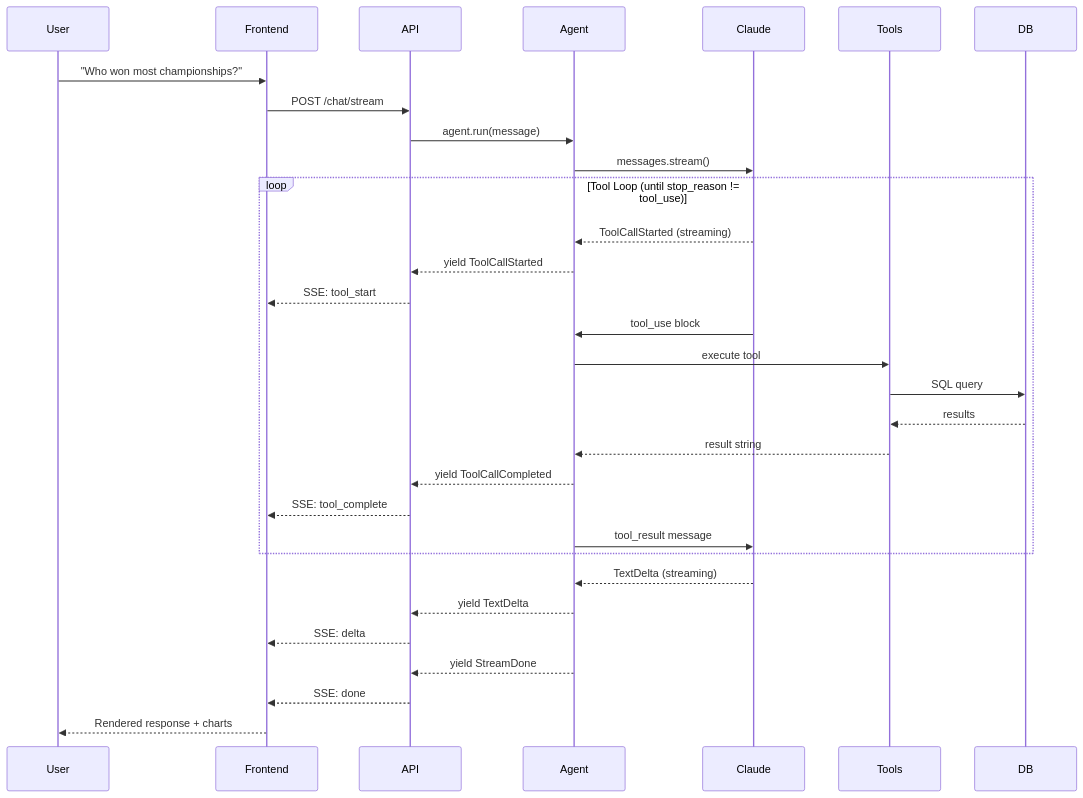
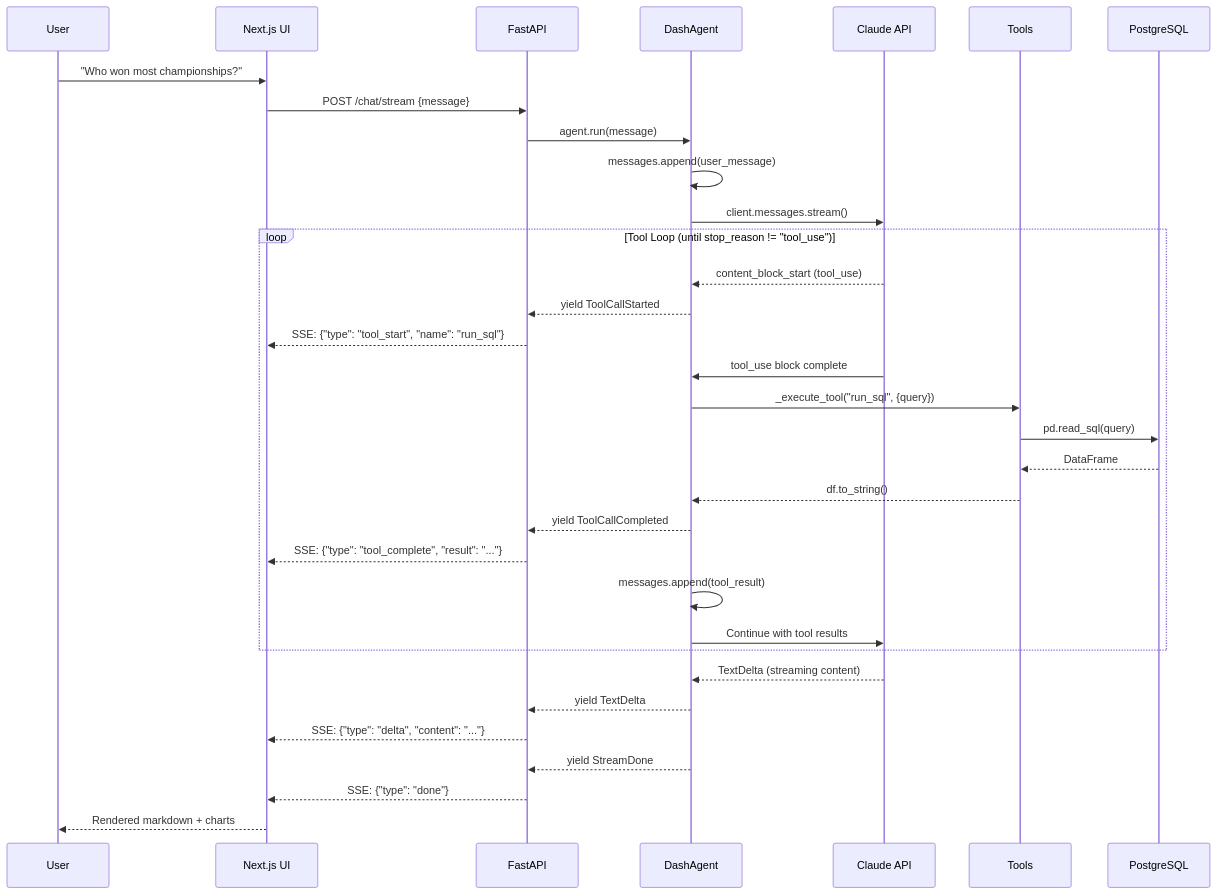
One commit to vibedatascience/dash_trial changed the second of 2 diagrams in CLAUDE.md. Above: the diagram before and after it, drawn with Mermaid. The commit also changed other lines of this file and 20 other files, not shown here.

First line of the commit message:
Add R interpreter, conversation persistence, and streaming API

````diff
--- a/CLAUDE.md
+++ b/CLAUDE.md
@@ -69,40 +72,42 @@
 ```mermaid
 sequenceDiagram
     participant User
-    participant Frontend
-    participant API
-    participant Agent
-    participant Claude
+    participant Frontend as Next.js UI
+    participant API as FastAPI
+    participant Agent as DashAgent
+    participant Claude as Claude API
     participant Tools
-    participant DB
+    participant DB as PostgreSQL
 
     User->>Frontend: "Who won most championships?"
-    Frontend->>API: POST /chat/stream
+    Frontend->>API: POST /chat/stream {message}
     API->>Agent: agent.run(message)
-    Agent->>Claude: messages.stream()
+    Agent->>Agent: messages.append(user_message)
+    Agent->>Claude: client.messages.stream()
 
-    loop Tool Loop (until stop_reason != tool_use)
-        Claude-->>Agent: ToolCallStarted (streaming)
+    loop Tool Loop (until stop_reason != "tool_use")
+        Claude-->>Agent: content_block_start (tool_use)
         Agent-->>API: yield ToolCallStarted
-        API-->>Frontend: SSE: tool_start
+        API-->>Frontend: SSE: {"type": "tool_start", "name": "run_sql"}
 
-        Claude->>Agent: tool_use block
-        Agent->>Tools: execute tool
-        Tools->>DB: SQL query
-        DB-->>Tools: results
-        Tools-->>Agent: result string
+        Claude->>Agent: tool_use block complete
+        Agent->>Tools: _execute_tool("run_sql", {query})
+        Tools->>DB: pd.read_sql(query)
+        DB-->>Tools: DataFrame
+        Tools-->>Agent: df.to_string()
 
         Agent-->>API: yield ToolCallCompleted
-        API-->>Frontend: SSE: tool_complete
+        API-->>Frontend: SSE: {"type": "tool_complete", "result": "..."}
 
-        Agent->>Claude: tool_result message
+        Agent->>Agent: messages.append(tool_result)
+        Agent->>Claude: Continue with tool results
     end
 
-    Claude-->>Agent: TextDelta (streaming)
+    Claude-->>Agent: TextDelta (streaming content)
     Agent-->>API: yield TextDelta
-    API-->>Frontend: SSE: delta
+    API-->>Frontend: SSE: {"type": "delta", "content": "..."}
 
     Agent-->>API: yield StreamDone
-    API-->>Frontend: SSE: done
-    Frontend-->>User: Rendered response + charts
+    API-->>Frontend: SSE: {"type": "done"}
+    Frontend-->>User: Rendered markdown + charts
 ```
````
